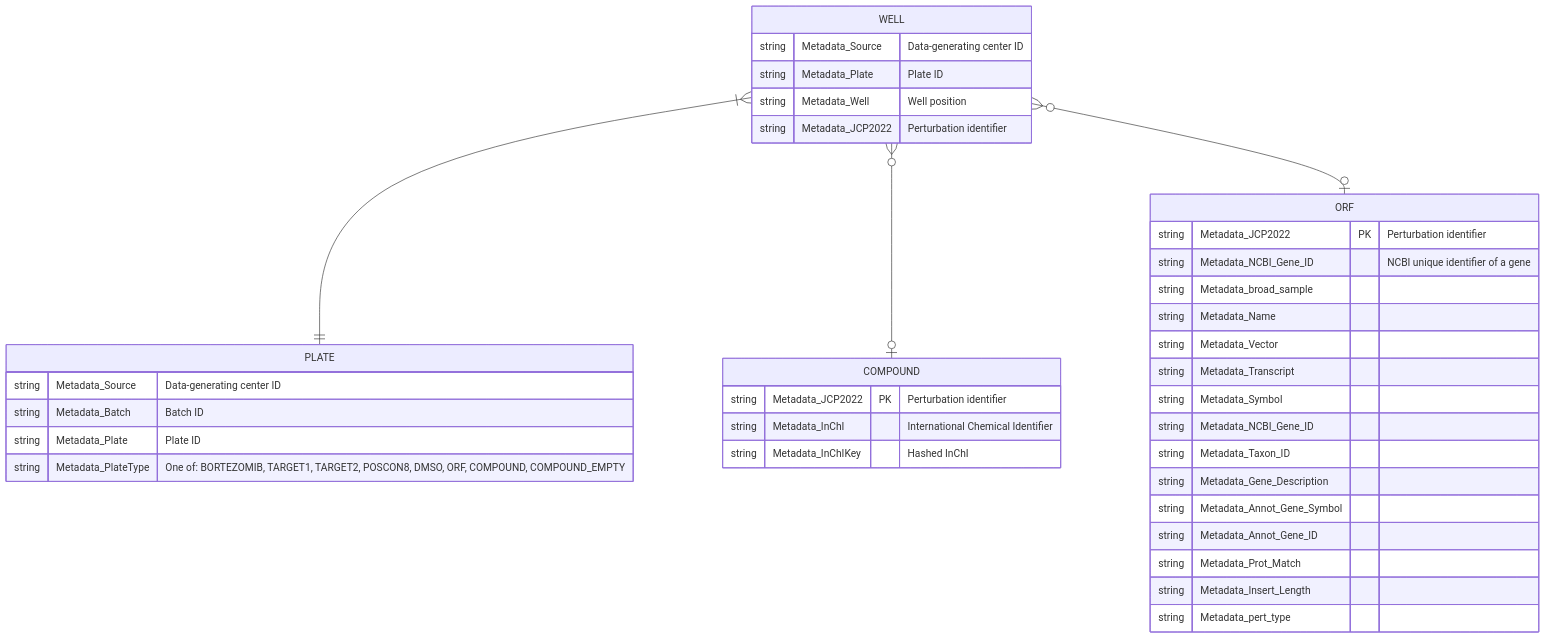
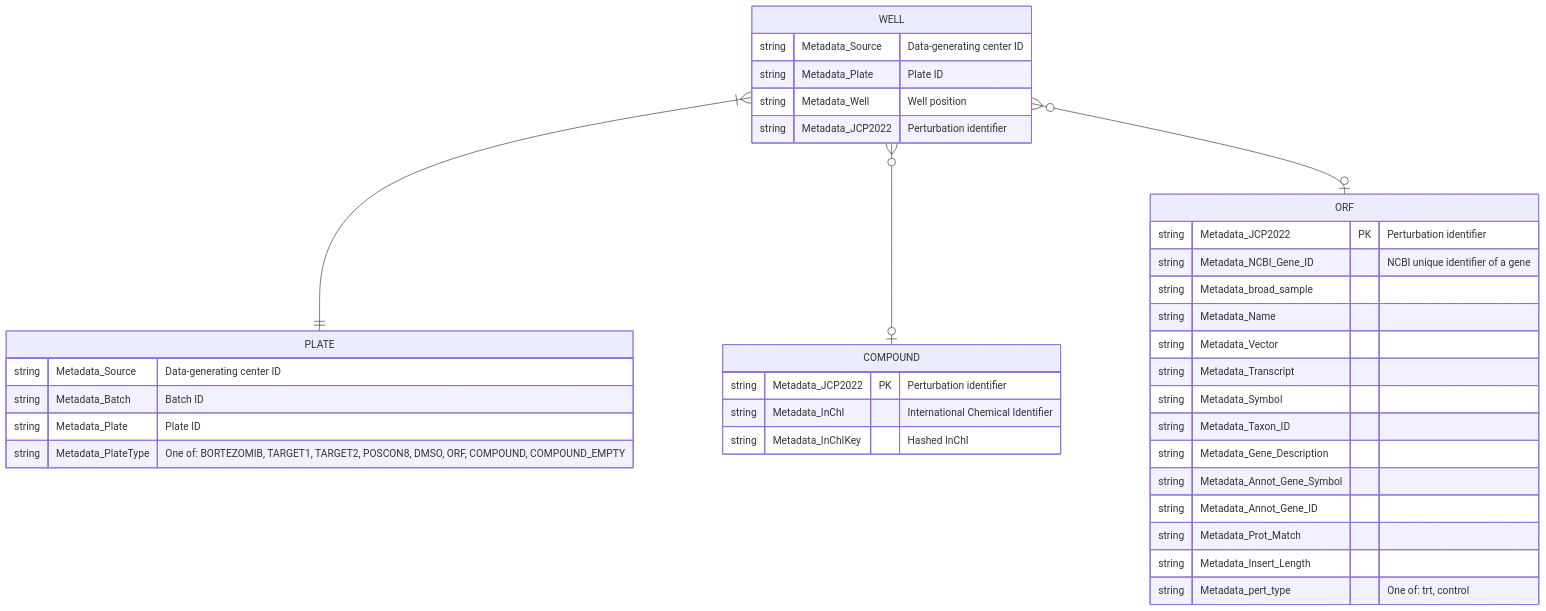
The diagram in metadata/README.md (jump-cellpainting/datasets), drawn with Mermaid before and after one commit.

````diff
--- a/metadata/README.md
+++ b/metadata/README.md
@@ -6,40 +6,39 @@
 ```mermaid
 erDiagram
     WELL }|--|| PLATE : ""
     WELL {
         string Metadata_Source "Data-generating center ID"
         string Metadata_Plate "Plate ID"
         string Metadata_Well "Well position"
         string Metadata_JCP2022 "Perturbation identifier"
     }
     PLATE {
         string Metadata_Source "Data-generating center ID"
         string Metadata_Batch "Batch ID"
         string Metadata_Plate "Plate ID"
         string Metadata_PlateType "One of: BORTEZOMIB, TARGET1, TARGET2, POSCON8, DMSO, ORF, COMPOUND, COMPOUND_EMPTY"
     }
     WELL }o--o| COMPOUND : ""
     COMPOUND {
         string Metadata_JCP2022 PK "Perturbation identifier"
         string Metadata_InChI "International Chemical Identifier"
         string Metadata_InChIKey "Hashed InChI"
     }
     WELL }o--o| ORF : ""
     ORF {
         string Metadata_JCP2022 PK "Perturbation identifier"
         string Metadata_NCBI_Gene_ID "NCBI unique identifier of a gene"
         string Metadata_broad_sample ""
         string Metadata_Name ""
         string Metadata_Vector ""
         string Metadata_Transcript ""
         string Metadata_Symbol ""
-        string Metadata_NCBI_Gene_ID ""
         string Metadata_Taxon_ID ""
         string Metadata_Gene_Description ""
         string Metadata_Annot_Gene_Symbol ""
         string Metadata_Annot_Gene_ID ""
         string Metadata_Prot_Match ""
         string Metadata_Insert_Length ""
-        string Metadata_pert_type ""
+        string Metadata_pert_type "One of: trt, control"
     }
 ```
````
